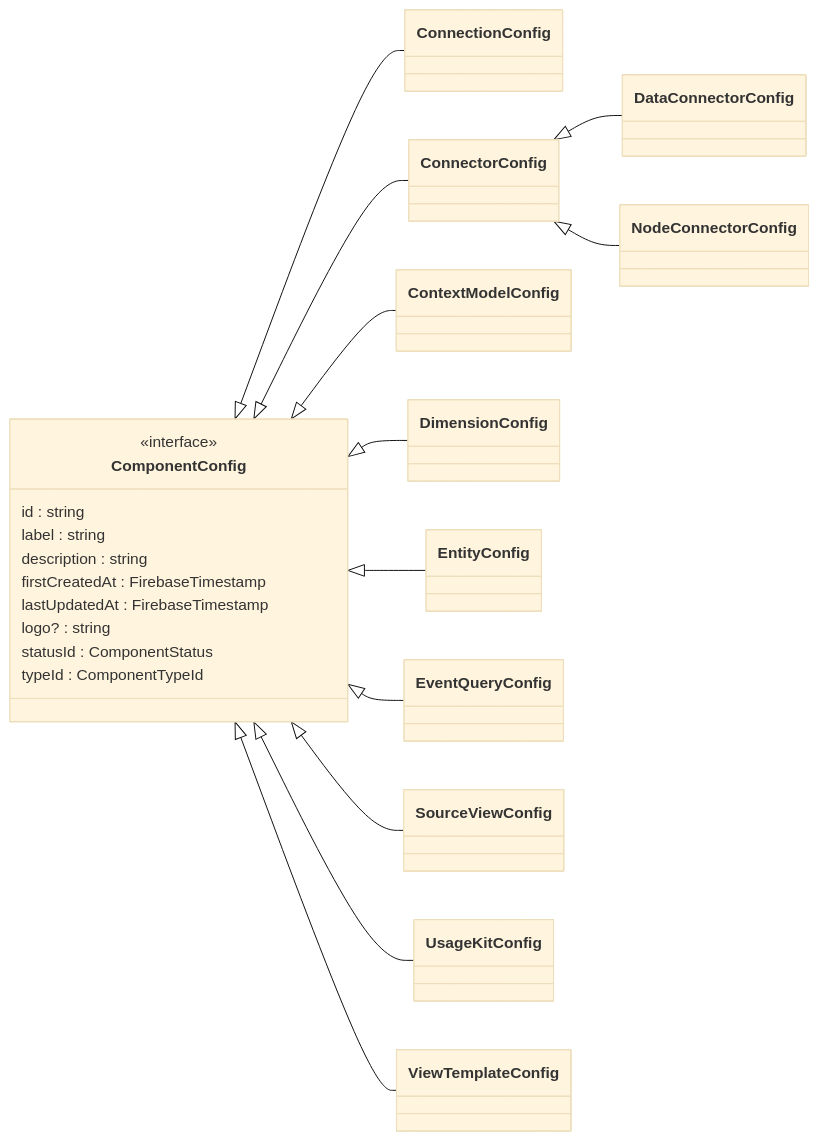
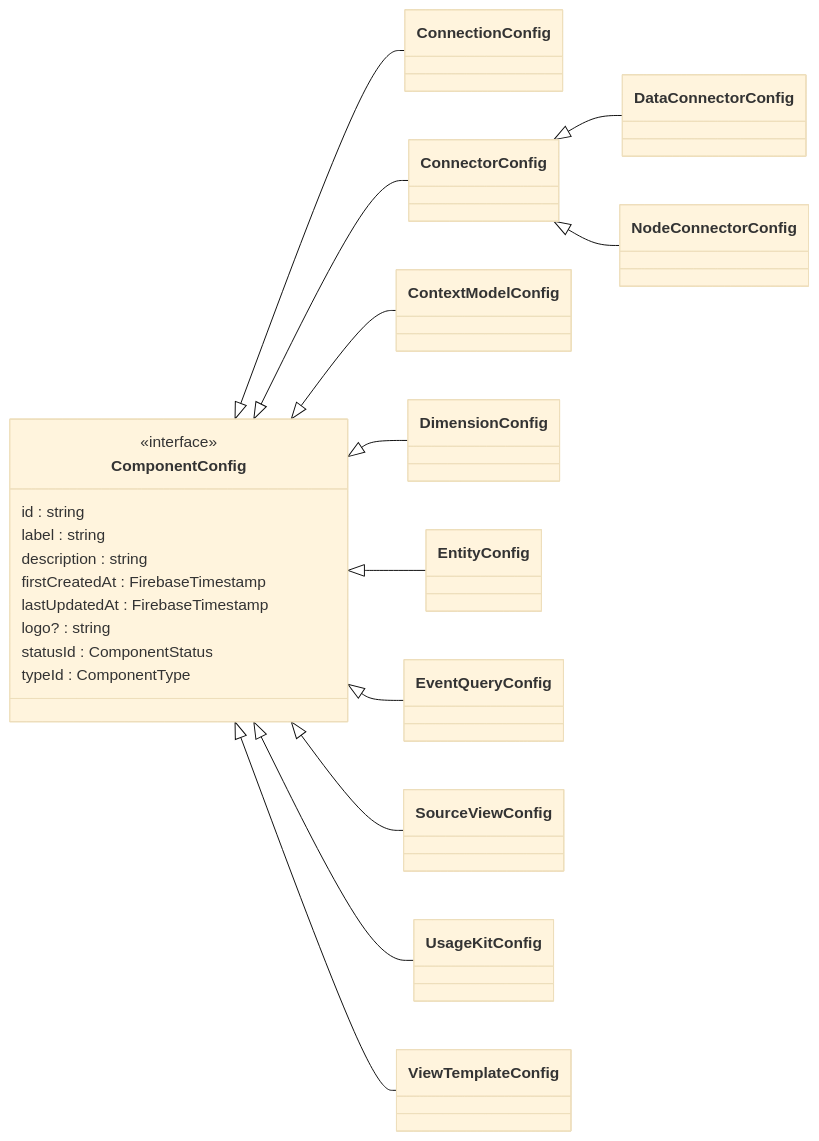
One commit to data-positioning/datapos-shared changed the first of 14 diagrams in README.md. Above: the diagram before and after it, drawn with Mermaid (base theme). The commit also changed other lines of this file and 4 other files, not shown here.

````diff
--- a/README.md
+++ b/README.md
@@ -9,28 +9,28 @@
 ```mermaid
 classDiagram
     direction LR
 
     class ComponentConfig {
         <<interface>>
         id : string
         label : string
         description : string
         firstCreatedAt : FirebaseTimestamp
         lastUpdatedAt : FirebaseTimestamp
         logo? : string
         statusId : ComponentStatus
-        typeId : ComponentTypeId
+        typeId : ComponentType
     }
 
     ComponentConfig <|-- ConnectionConfig
     ComponentConfig <|-- ConnectorConfig
     ConnectorConfig <|-- DataConnectorConfig
     ConnectorConfig <|-- NodeConnectorConfig
     ComponentConfig <|-- ContextModelConfig
     ComponentConfig <|-- DimensionConfig
     ComponentConfig <|-- EntityConfig
     ComponentConfig <|-- EventQueryConfig
     ComponentConfig <|-- SourceViewConfig
     ComponentConfig <|-- UsageKitConfig
     ComponentConfig <|-- ViewTemplateConfig
 ```
````
